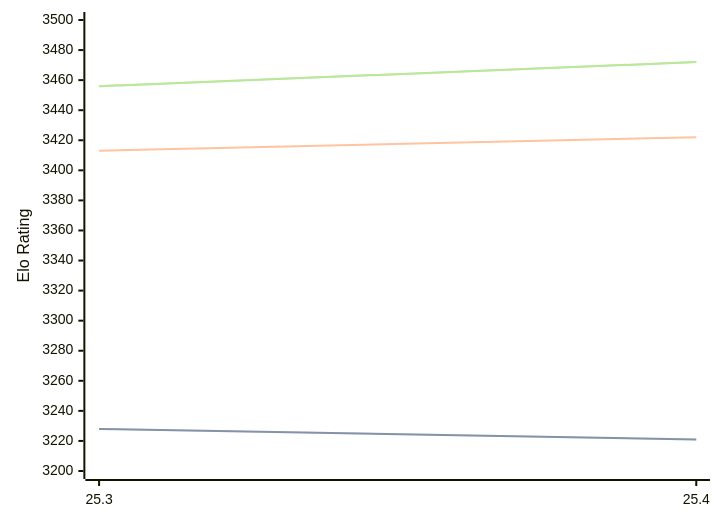
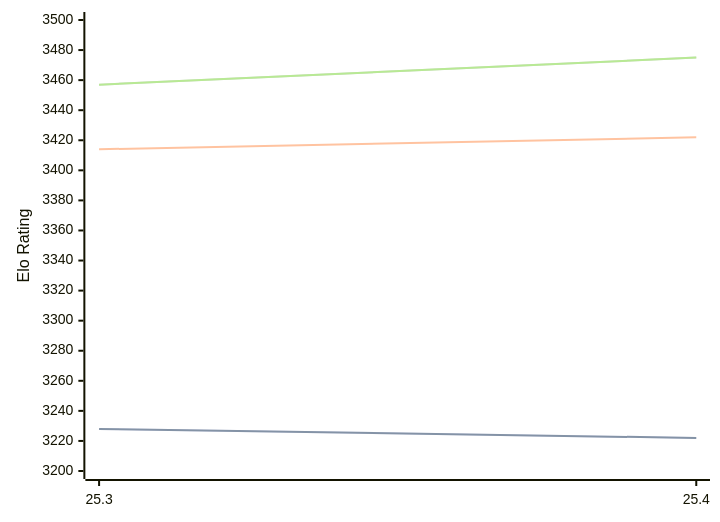
Before and after one commit to computer-chess-index/cci: the first of 3 diagrams in engines/Arasan.md, drawn with Mermaid. The commit also changed other lines of this file, not shown here.

Commit message:
Update CCI Ratings (ELO VLTC) - 2026-06-22

````diff
--- a/engines/Arasan.md
+++ b/engines/Arasan.md
@@ -33,11 +33,11 @@
 ```mermaid
 %%{init: {"theme":"base","themeVariables":{"seriesColors:['#a3a3a3','#222221','#faa371']}}}%%
 xychart-beta
   x-axis ["25.3", "25.4"]
   y-axis "Elo Rating" 3200 --> 3500
-  line "STC (8.0+0.08s)" [3228, 3221]
-  line "STC (8.0+0.08s)" [3228, 3221]
-  line "LTC (60.0+0.60s)" [3413, 3422]
-  line "VLTC (2m24s+1.12s)" [3456, 3472]
-  line "VLTC (2m24s+1.12s)" [3456, 3472]
+  line "STC (8.0+0.08s)" [3228, 3222]
+  line "STC (8.0+0.08s)" [3228, 3222]
+  line "LTC (60.0+0.60s)" [3414, 3422]
+  line "VLTC (2m24s+1.12s)" [3457, 3475]
+  line "VLTC (2m24s+1.12s)" [3457, 3475]
 ```
````
